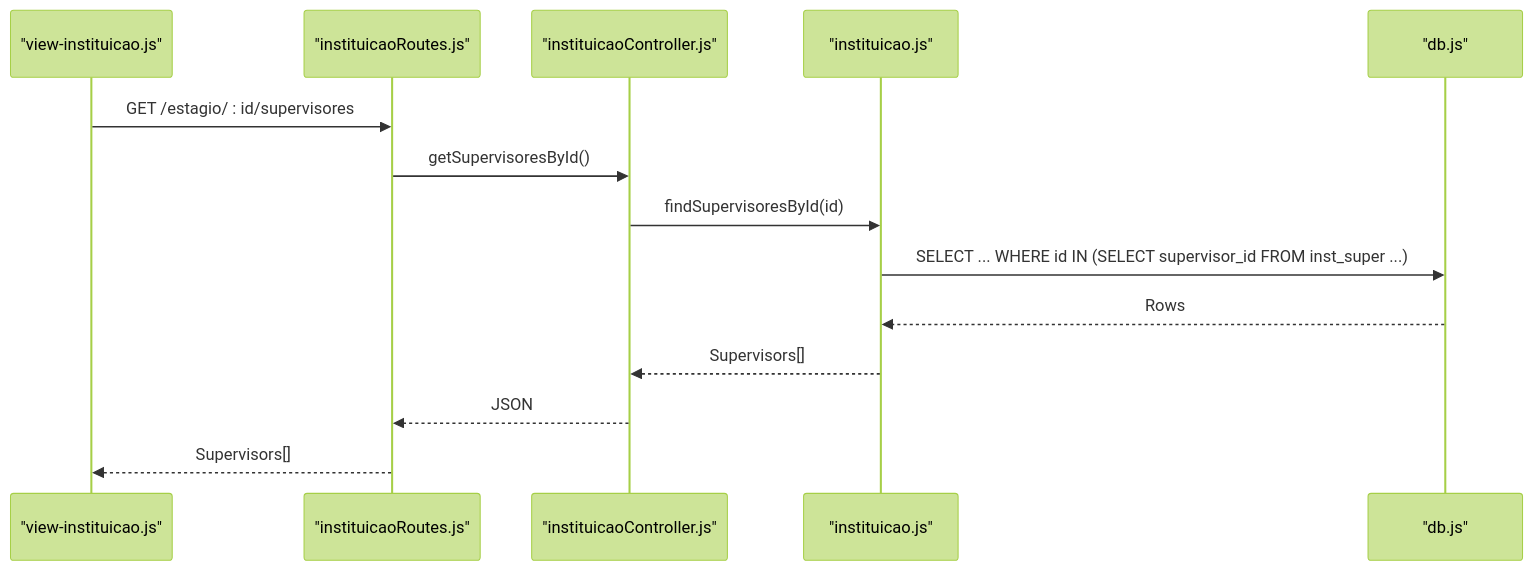
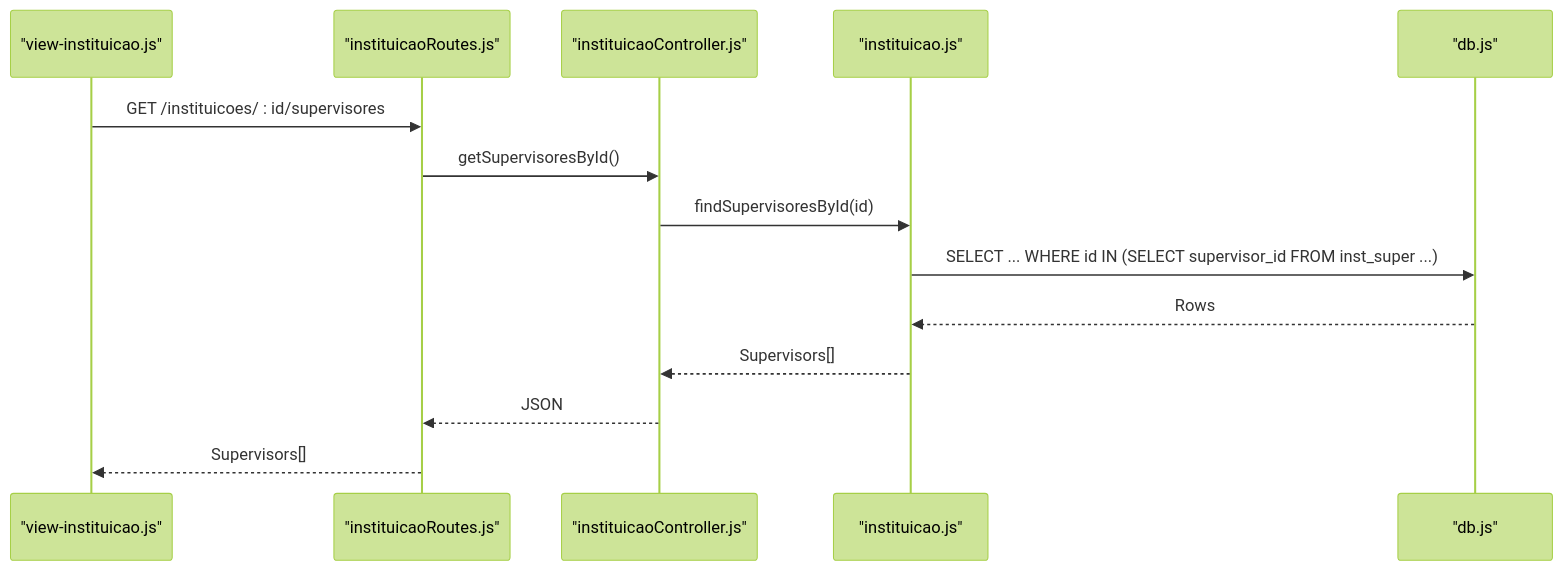
The fourth of 8 diagrams in .qoder/repowiki/en/content/Core Features Implementation/Internship Management.md (luiseduacosta/nodemural), drawn with Mermaid (forest theme) before and after one commit. The commit also changed other lines of this file and 27 other files, not shown here.

````diff
--- a/.qoder/repowiki/en/content/Core Features Implementation/Internship Management.md
+++ b/.qoder/repowiki/en/content/Core Features Implementation/Internship Management.md
@@ -241,16 +250,16 @@
 ```mermaid
 sequenceDiagram
 participant FE_View as "view-instituicao.js"
 participant Router as "instituicaoRoutes.js"
 participant Ctrl as "instituicaoController.js"
 participant Model as "instituicao.js"
 participant DB as "db.js"
-FE_View->>Router : GET /estagio/ : id/supervisores
+FE_View->>Router : GET /instituicoes/ : id/supervisores
 Router->>Ctrl : getSupervisoresById()
 Ctrl->>Model : findSupervisoresById(id)
 Model->>DB : SELECT ... WHERE id IN (SELECT supervisor_id FROM inst_super ...)
 DB-->>Model : Rows
 Model-->>Ctrl : Supervisors[]
 Ctrl-->>Router : JSON
 Router-->>FE_View : Supervisors[]
 ```
````
